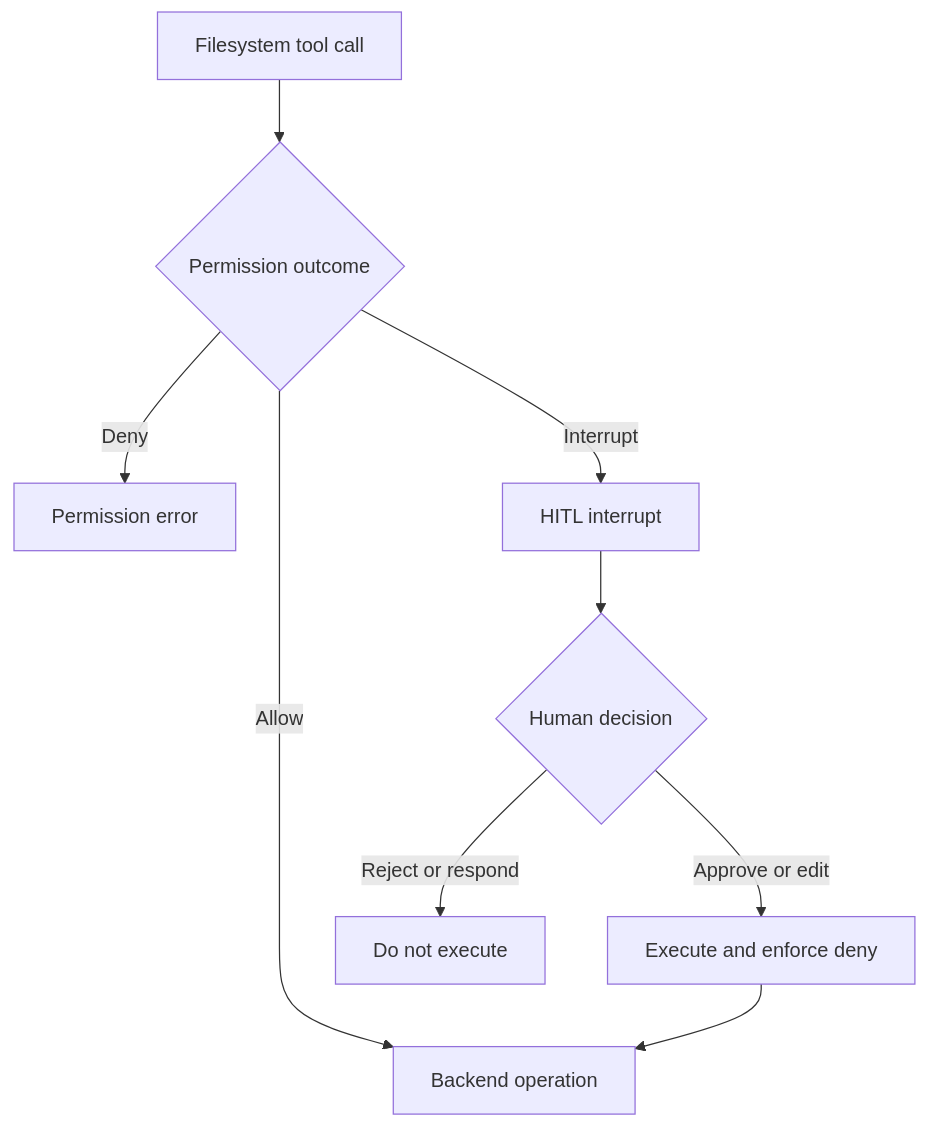
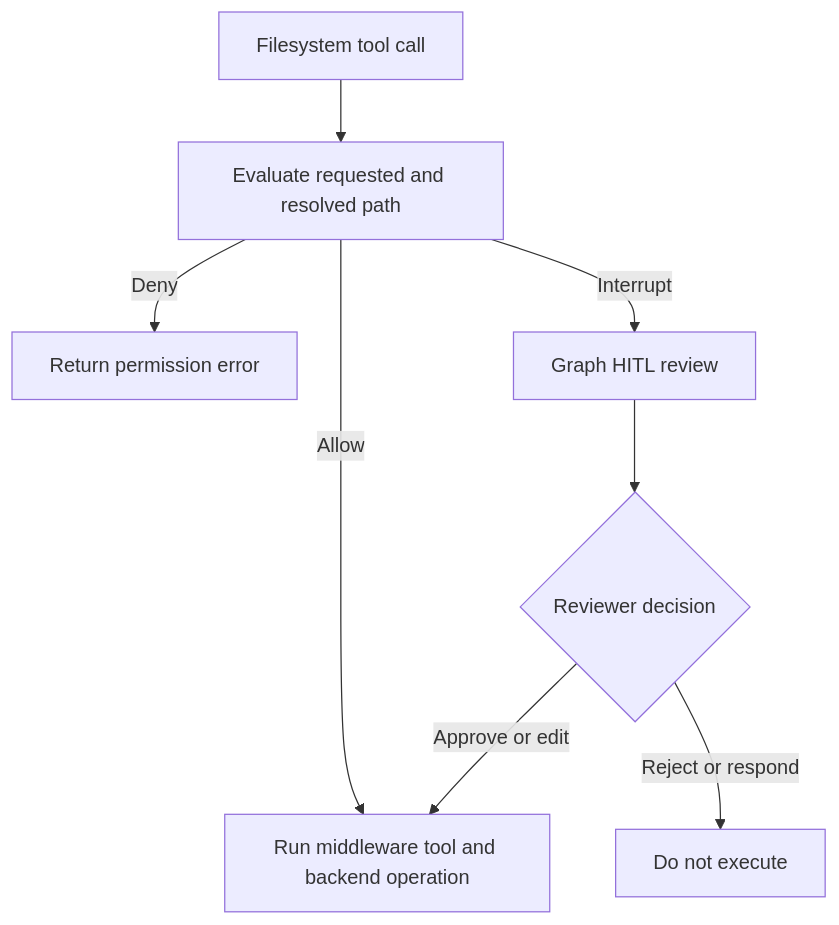
The first of 2 diagrams in openwiki/concepts/permissions-hitl.md (langchain-ai/deepagents), drawn with Mermaid before and after one commit. The commit also changed other lines of this file and 53 other files, not shown here.

````diff
--- a/openwiki/concepts/permissions-hitl.md
+++ b/openwiki/concepts/permissions-hitl.md
@@ -47,11 +55,10 @@
 ```mermaid
 flowchart TD
-    Call["Filesystem tool call"] --> Decision{"Permission outcome"}
-    Decision -->|"Deny"| Error["Permission error"]
-    Decision -->|"Interrupt"| Pause["HITL interrupt"]
-    Decision -->|"Allow"| Backend["Backend operation"]
-    Pause --> Human{"Human decision"}
-    Human -->|"Approve or edit"| Recheck["Execute and enforce deny"]
-    Human -->|"Reject or respond"| Stop["Do not execute"]
-    Recheck --> Backend
+    Call["Filesystem tool call"] --> Check["Evaluate requested and resolved path"]
+    Check -->|"Deny"| Error["Return permission error"]
+    Check -->|"Interrupt"| Review["Graph HITL review"]
+    Check -->|"Allow"| Run["Run middleware tool and backend operation"]
+    Review --> Decision{"Reviewer decision"}
+    Decision -->|"Approve or edit"| Run
+    Decision -->|"Reject or respond"| Stop["Do not execute"]
 ```
````
